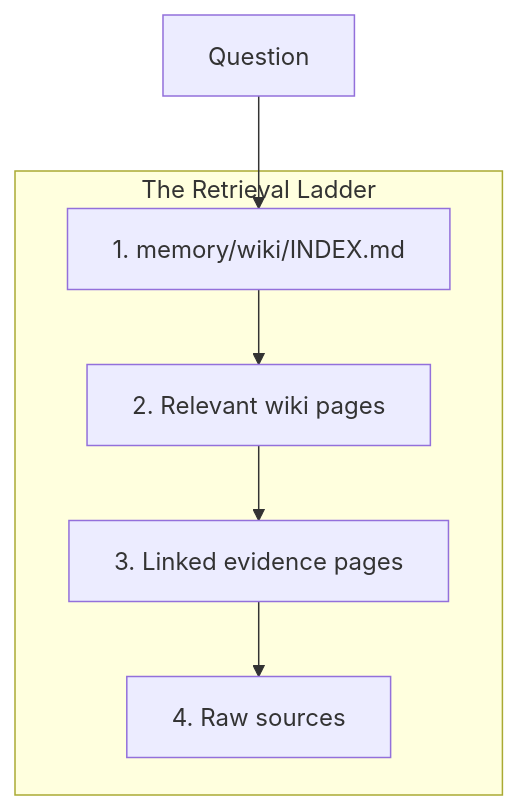
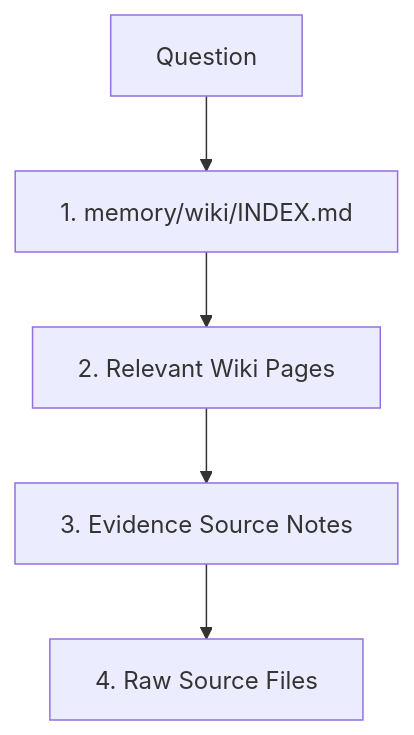
The second of 4 diagrams in README.md (latentarts/memoid), drawn with Mermaid before and after one commit. The commit also changed other lines of this file and 5 other files, not shown here.

````diff
--- a/README.md
+++ b/README.md
@@ -198,14 +149,7 @@
 ```mermaid
 graph TD
-    Q[Question] --> Index[1. memory/wiki/INDEX.md]
-    Index --> Wiki[2. Relevant wiki pages]
-    Wiki --> Evidence[3. Linked evidence pages]
-    Evidence --> Raw[4. Raw sources]
-    
-    subgraph "The Retrieval Ladder"
-    Index
-    Wiki
-    Evidence
-    Raw
-    end
+    Q[Question] --> L1[1. memory/wiki/INDEX.md]
+    L1 --> L2[2. Relevant Wiki Pages]
+    L2 --> L3[3. Evidence Source Notes]
+    L3 --> L4[4. Raw Source Files]
 ```
````
